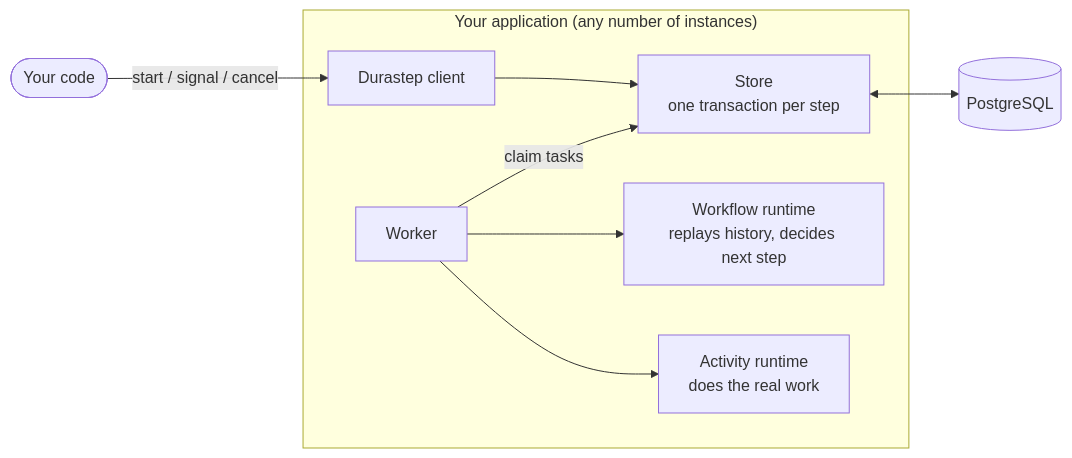
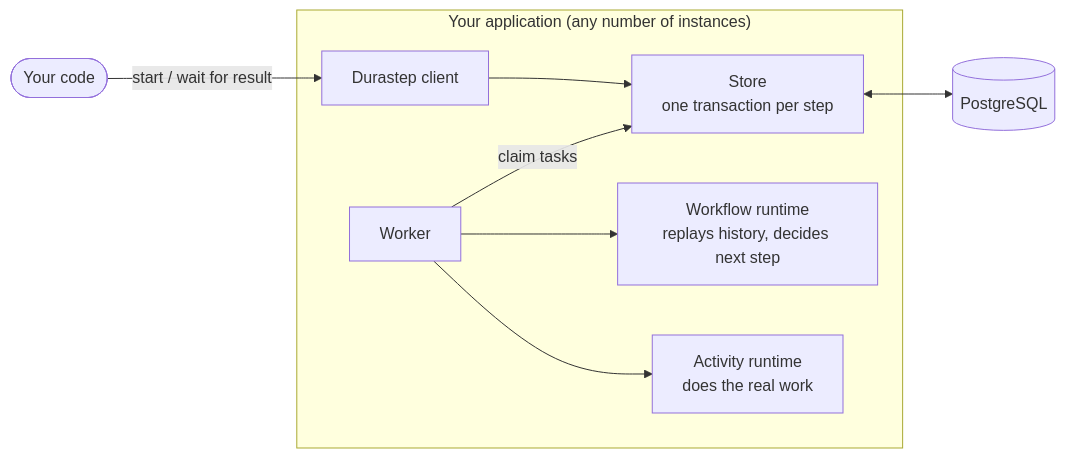
One commit to yanivks-pro/durastep changed the diagram in README.md. Above: the diagram before and after it, drawn with Mermaid. The commit also changed other lines of this file and 3 other files, not shown here.

````diff
--- a/README.md
+++ b/README.md
@@ -31,14 +48,14 @@
 ```mermaid
 flowchart LR
-    caller([Your code]) -->|start / signal / cancel| api
+    caller([Your code]) -->|start / wait for result| api
 
     subgraph app["Your application (any number of instances)"]
         api[Durastep client] --> store
         worker[Worker] -->|claim tasks| store
         worker --> wf[Workflow runtime<br/>replays history, decides next step]
         worker --> act[Activity runtime<br/>does the real work]
         store[Store<br/>one transaction per step]
     end
 
     store <--> pg[(PostgreSQL)]
 ```
````
